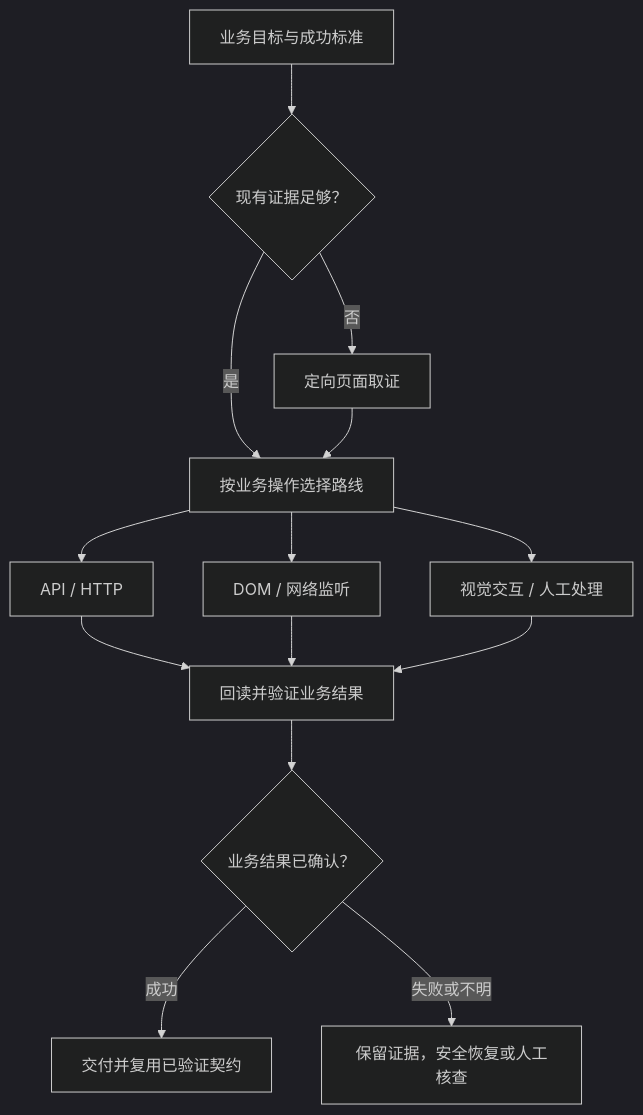
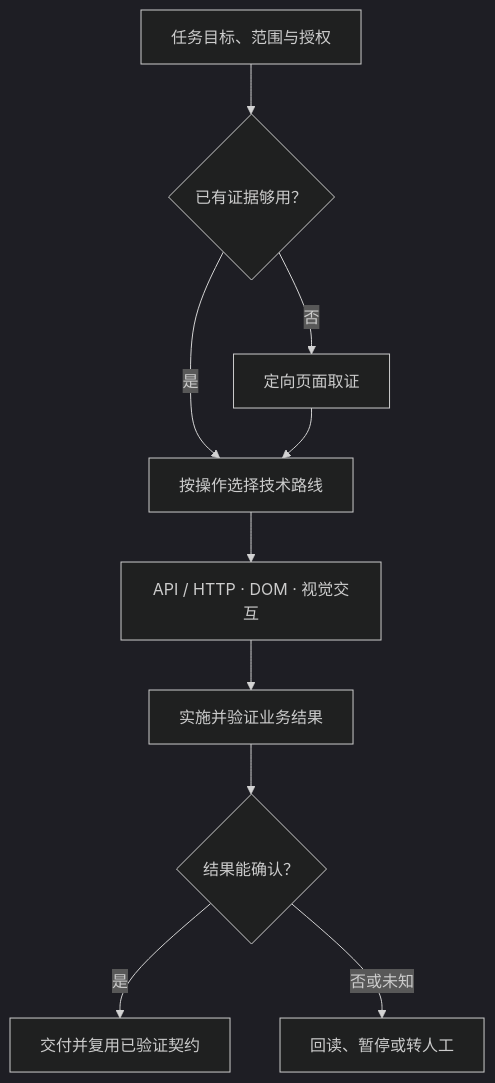
Before and after one commit to mingqiangdu1-arch/web-automation-development: the diagram in README.md, drawn with Mermaid (dark theme). The commit also changed other lines of this file, not shown here.

````diff
--- a/README.md
+++ b/README.md
@@ -9,16 +22,12 @@
 ```mermaid
 flowchart TD
-    A["业务目标与成功标准"] --> B{"现有证据足够？"}
+    A["任务目标、范围与授权"] --> B{"已有证据够用？"}
     B -->|"否"| C["定向页面取证"]
-    B -->|"是"| D["按业务操作选择路线"]
+    B -->|"是"| D["按操作选择技术路线"]
     C --> D
-    D --> E["API / HTTP"]
-    D --> F["DOM / 网络监听"]
-    D --> G["视觉交互 / 人工处理"]
-    E --> H["回读并验证业务结果"]
-    F --> H
-    G --> H
-    H --> I{"业务结果已确认？"}
-    I -->|"成功"| J["交付并复用已验证契约"]
-    I -->|"失败或不明"| K["保留证据，安全恢复或人工核查"]
+    D --> E["API / HTTP · DOM · 视觉交互"]
+    E --> F["实施并验证业务结果"]
+    F --> G{"结果能确认？"}
+    G -->|"是"| H["交付并复用已验证契约"]
+    G -->|"否或未知"| I["回读、暂停或转人工"]
 ```
````
